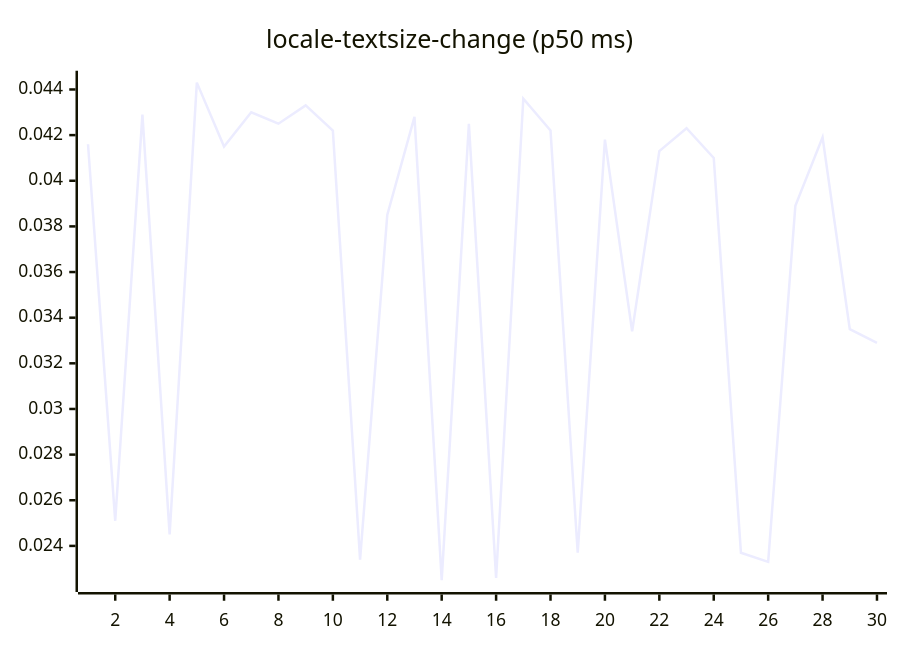
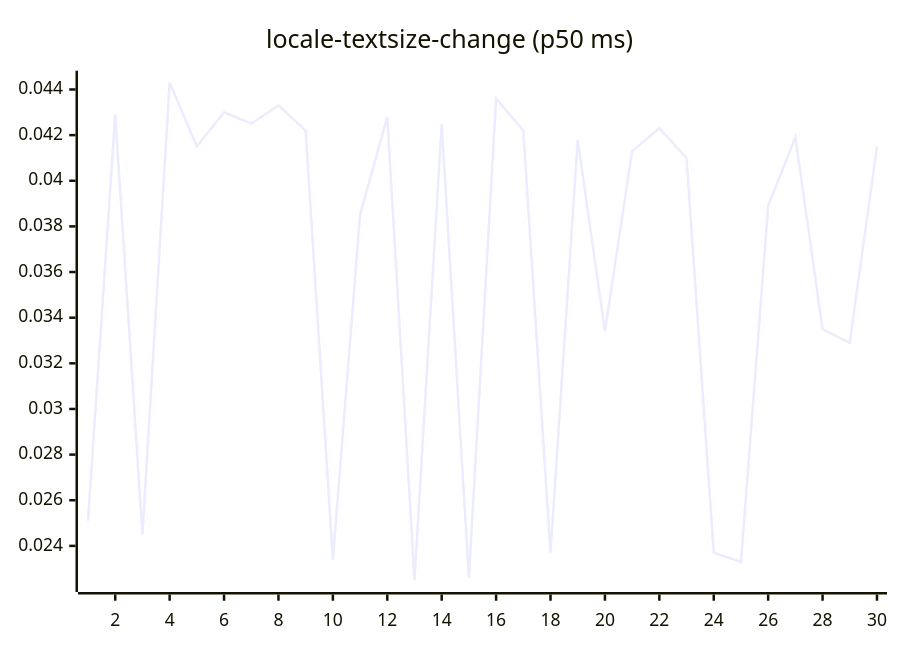
Before and after one commit to josha/Facet: diagram 13 of 27 in README.md, drawn with Mermaid. The commit also changed other lines of this file and 2 other files, not shown here.

````diff
--- a/README.md
+++ b/README.md
@@ -147,6 +147,6 @@
 ```mermaid
 xychart-beta
     title "locale-textsize-change (p50 ms)"
     x-axis 1 --> 30
-    line [0.0416, 0.0251, 0.0429, 0.0245, 0.0443, 0.0415, 0.0430, 0.0425, 0.0433, 0.0422, 0.0234, 0.0385, 0.0428, 0.0225, 0.0425, 0.0226, 0.0436, 0.0422, 0.0237, 0.0418, 0.0334, 0.0413, 0.0423, 0.0410, 0.0237, 0.0233, 0.0389, 0.0419, 0.0335, 0.0329]
+    line [0.0251, 0.0429, 0.0245, 0.0443, 0.0415, 0.0430, 0.0425, 0.0433, 0.0422, 0.0234, 0.0385, 0.0428, 0.0225, 0.0425, 0.0226, 0.0436, 0.0422, 0.0237, 0.0418, 0.0334, 0.0413, 0.0423, 0.0410, 0.0237, 0.0233, 0.0389, 0.0419, 0.0335, 0.0329, 0.0415]
 ```
````
